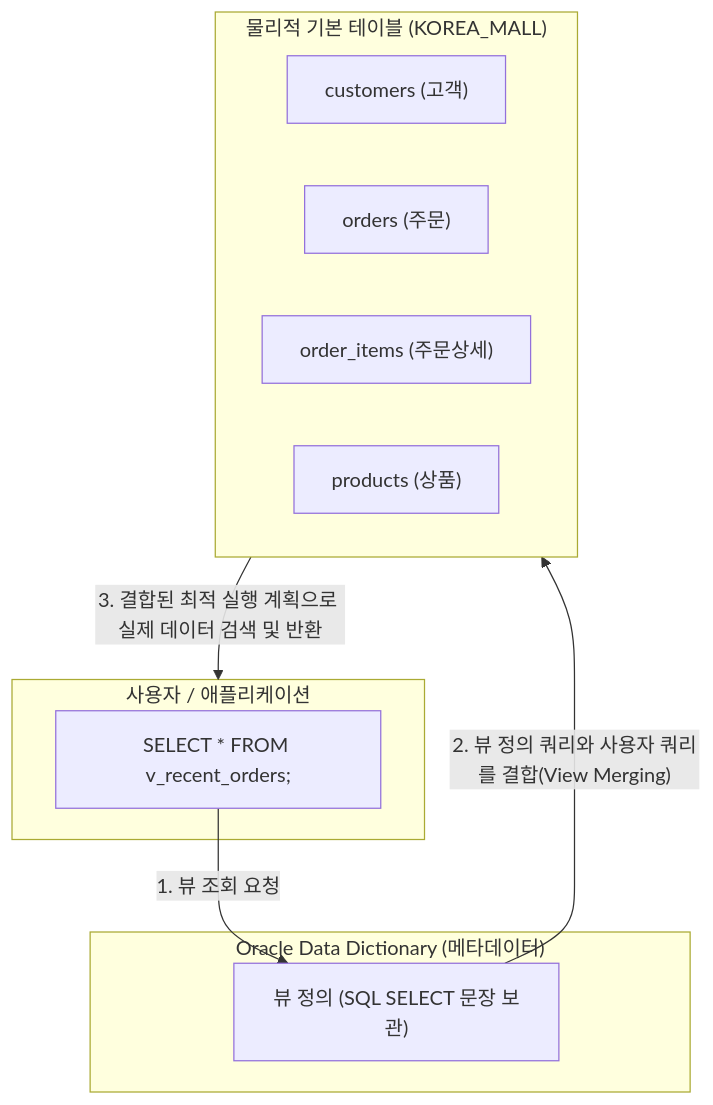
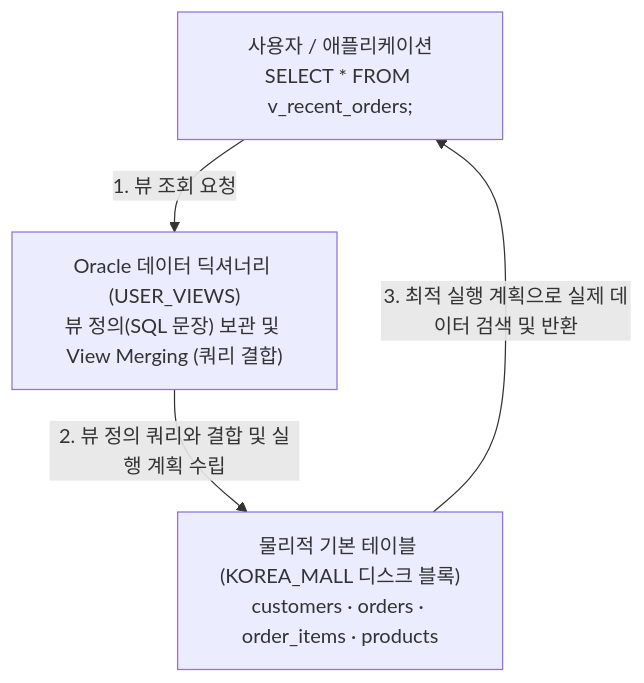
One commit to postforty/kor-dbms-class changed the first of 4 diagrams in sec10/10_01_advanced_objects_guide.md. Above: the diagram before and after it, drawn with Mermaid.

Commit message:
fix: 뷰 동작 원리 다이어그램 텍스트 중첩 오류 수정
- 서브그래프 제목 개행 시 내부 노드와 텍스트가 겹치는 렌더링 버그 해결
- 불필요한 단일 노드 서브그래프를 계층형 컴포넌트 노드로 재구성
- 사용자 요청, 데이터 딕셔너리 참조, 물리 테이블 조회 간의 실행 흐름 정렬

````diff
--- a/sec10/10_01_advanced_objects_guide.md
+++ b/sec10/10_01_advanced_objects_guide.md
@@ -43,21 +43,10 @@
 ```mermaid
 flowchart TD
-    subgraph Client ["사용자 / 애플리케이션"]
-        UserQuery["SELECT * FROM v_recent_orders;"]
-    end
+    Client["사용자 / 애플리케이션<br/>SELECT * FROM v_recent_orders;"]
+    Dict["Oracle 데이터 딕셔너리 (USER_VIEWS)<br/>뷰 정의(SQL 문장) 보관 및 View Merging (쿼리 결합)"]
+    Tables["물리적 기본 테이블 (KOREA_MALL 디스크 블록)<br/>customers · orders · order_items · products"]
 
-    subgraph DataDictionary ["Oracle Data Dictionary (메타데이터)"]
-        ViewDef["뷰 정의 (SQL SELECT 문장 보관)"]
-    end
-
-    subgraph BaseTables ["물리적 기본 테이블 (KOREA_MALL)"]
-        T1["customers (고객)"]
-        T2["orders (주문)"]
-        T3["order_items (주문상세)"]
-        T4["products (상품)"]
-    end
-
-    UserQuery -->|"1. 뷰 조회 요청"| ViewDef
-    ViewDef -->|"2. 뷰 정의 쿼리와 사용자 쿼리를 결합(View Merging)"| BaseTables
-    BaseTables -->|"3. 결합된 최적 실행 계획으로 실제 데이터 검색 및 반환"| Client
+    Client -->|"1. 뷰 조회 요청"| Dict
+    Dict -->|"2. 뷰 정의 쿼리와 결합 및 실행 계획 수립"| Tables
+    Tables -->|"3. 최적 실행 계획으로 실제 데이터 검색 및 반환"| Client
 ```
````
